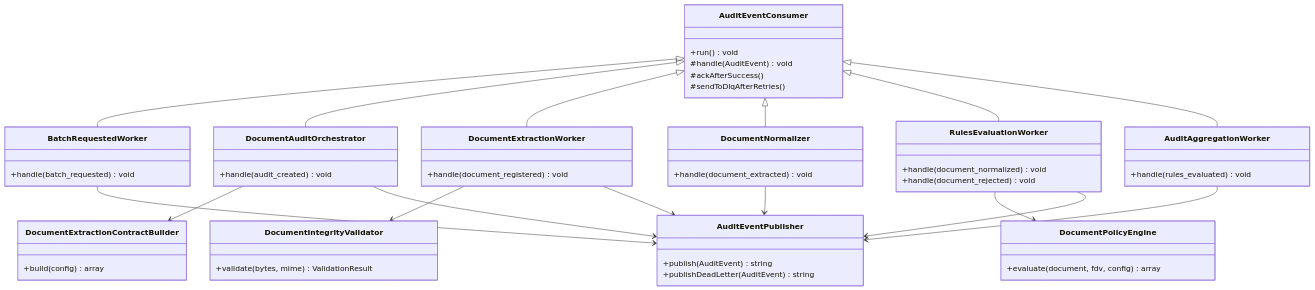
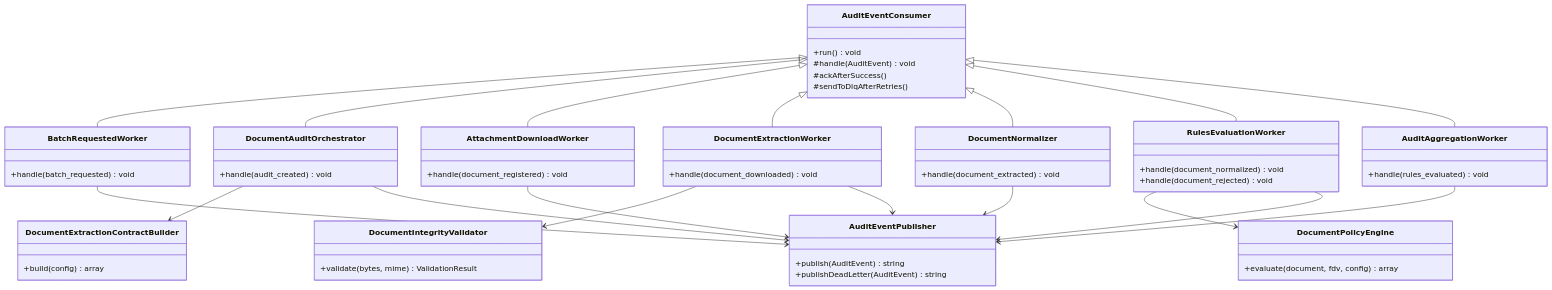
Before and after one commit to jfrem/AudFact: the fifth of 5 diagrams in plans/architecture-diagrams.md, drawn with Mermaid. The commit also changed other lines of this file and 30 other files, not shown here.

Commit message:
feat: implement asynchronous audit pipeline with Redis-backed workers, document processing services, and comprehensive deployment documentation.

````diff
--- a/plans/architecture-diagrams.md
+++ b/plans/architecture-diagrams.md
@@ -160,67 +169,73 @@
 ```mermaid
 classDiagram
     class AuditEventPublisher {
         +publish(AuditEvent) string
         +publishDeadLetter(AuditEvent) string
     }
 
     class AuditEventConsumer {
         +run() void
         #handle(AuditEvent) void
         #ackAfterSuccess()
         #sendToDlqAfterRetries()
     }
 
     class BatchRequestedWorker {
         +handle(batch_requested) void
     }
 
     class DocumentAuditOrchestrator {
         +handle(audit_created) void
     }
 
     class DocumentExtractionContractBuilder {
         +build(config) array
     }
 
     class DocumentIntegrityValidator {
         +validate(bytes, mime) ValidationResult
     }
 
+    class AttachmentDownloadWorker {
+        +handle(document_registered) void
+    }
+
     class DocumentExtractionWorker {
-        +handle(document_registered) void
+        +handle(document_downloaded) void
     }
 
     class DocumentNormalizer {
         +handle(document_extracted) void
     }
 
     class RulesEvaluationWorker {
         +handle(document_normalized) void
         +handle(document_rejected) void
     }
 
     class DocumentPolicyEngine {
         +evaluate(document, fdv, config) array
     }
 
     class AuditAggregationWorker {
         +handle(rules_evaluated) void
     }
 
     AuditEventConsumer <|-- BatchRequestedWorker
     AuditEventConsumer <|-- DocumentAuditOrchestrator
+    AuditEventConsumer <|-- AttachmentDownloadWorker
     AuditEventConsumer <|-- DocumentExtractionWorker
     AuditEventConsumer <|-- DocumentNormalizer
     AuditEventConsumer <|-- RulesEvaluationWorker
     AuditEventConsumer <|-- AuditAggregationWorker
     DocumentAuditOrchestrator --> DocumentExtractionContractBuilder
     DocumentExtractionWorker --> DocumentIntegrityValidator
     RulesEvaluationWorker --> DocumentPolicyEngine
     BatchRequestedWorker --> AuditEventPublisher
     DocumentAuditOrchestrator --> AuditEventPublisher
+    AttachmentDownloadWorker --> AuditEventPublisher
     DocumentExtractionWorker --> AuditEventPublisher
     DocumentNormalizer --> AuditEventPublisher
     RulesEvaluationWorker --> AuditEventPublisher
     AuditAggregationWorker --> AuditEventPublisher
 ```
````
